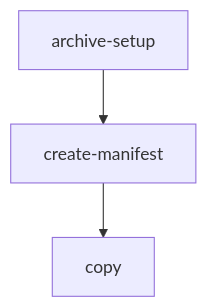
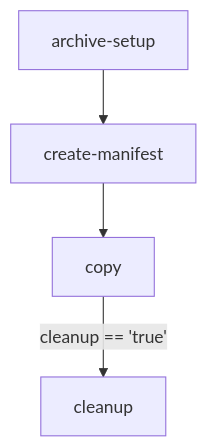
The first of 2 diagrams in workflows/storage/README.md (linz/topo-workflows), drawn with Mermaid before and after one commit. The commit also changed other lines of this file and 3 other files, not shown here.

````diff
--- a/workflows/storage/README.md
+++ b/workflows/storage/README.md
@@ -21,4 +21,4 @@
 ```mermaid
 graph TD;
-  archive-setup-->create-manifest-->copy;
+  archive-setup-->create-manifest-->copy-->|cleanup == 'true'|cleanup;
 ```
````
